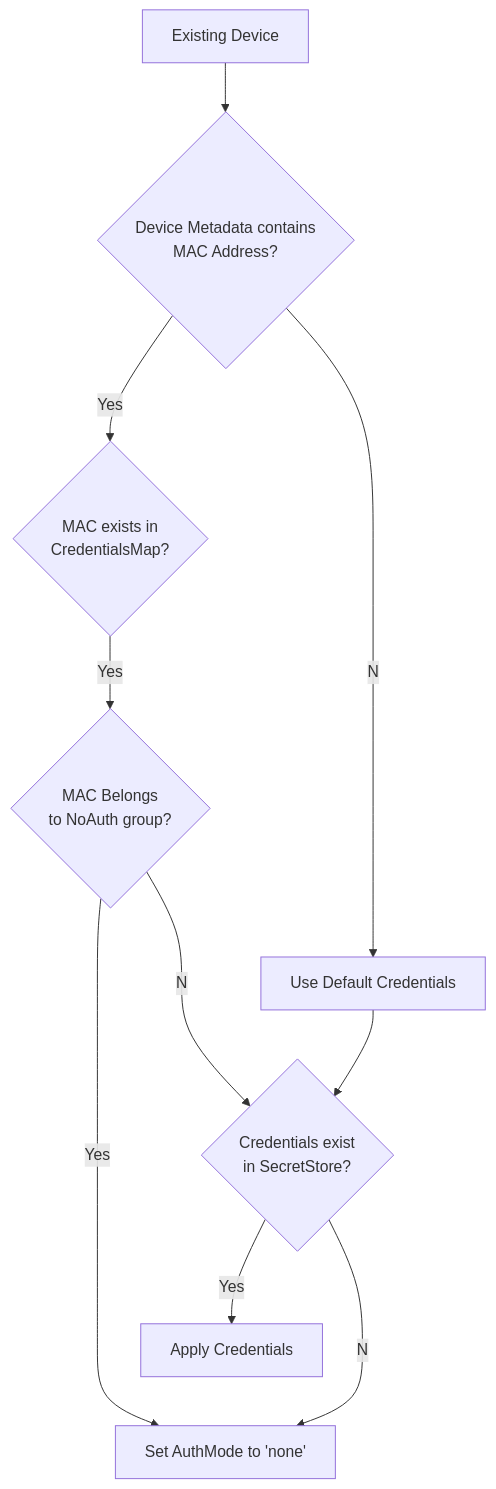
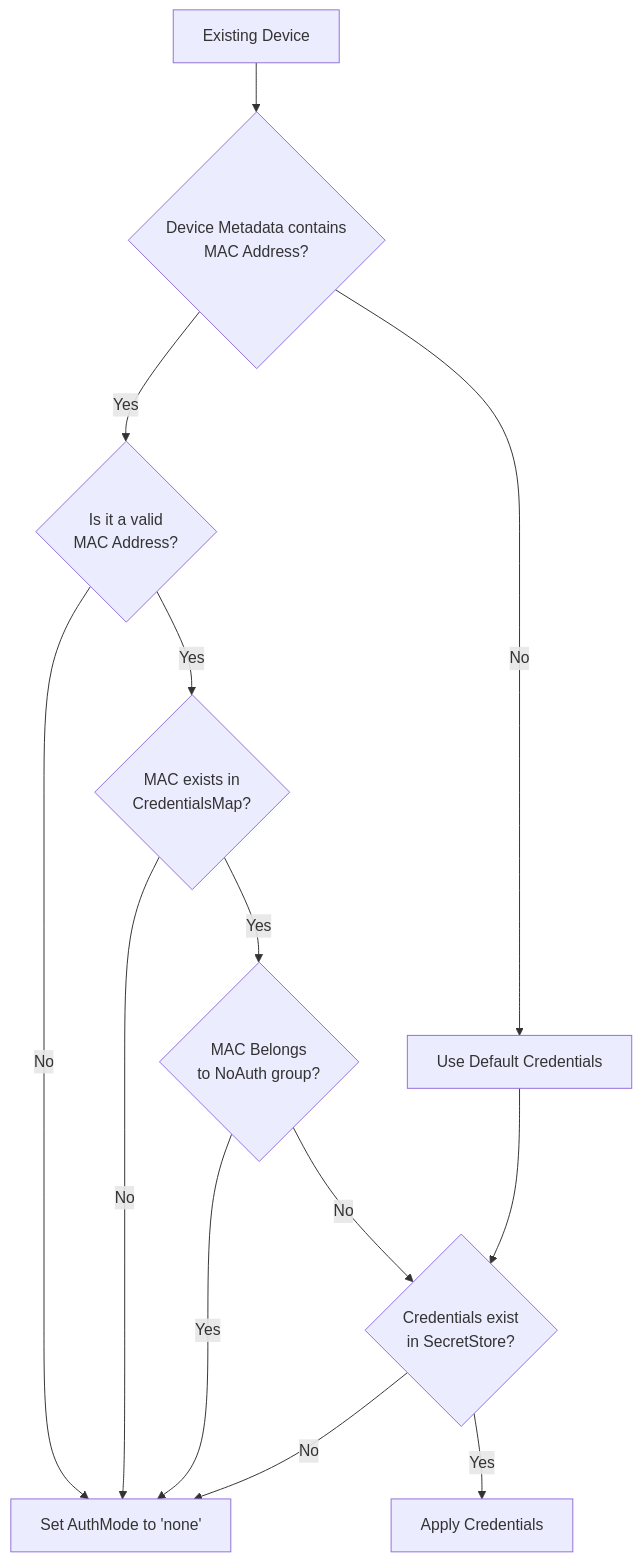
The second of 2 diagrams in doc/credentials.md (edgexfoundry/device-onvif-camera), drawn with Mermaid before and after one commit. The commit also changed other lines of this file and 1 other file, not shown here.

Commit message:
docs: update mermaid flowcharts

````diff
--- a/doc/credentials.md
+++ b/doc/credentials.md
@@ -199,25 +198,29 @@
 ```mermaid
 %% Note: The node and edge definitions are split up to make it easier to adjust the
 %% links between the various nodes.
 graph TD;
     %% -------- Node Definitions -------- %%
-    exist[Existing Device]
-    hasmac{Device Metadata contains<br/>MAC Address?}
-    map{MAC exists in<br/>CredentialsMap?}
-    noauth{MAC Belongs<br/>to NoAuth group?}
-    default[Use Default Credentials]
-    none[Set AuthMode to 'none']
-    apply[Apply Credentials]
-    instore{Credentials exist<br/>in SecretStore?}
+    ExistingDevice[Existing Device]
+    ContainsMAC{Device Metadata contains<br/>MAC Address?}
+    ValidMAC{Is it a valid<br/>MAC Address?}
+    InMap{MAC exists in<br/>CredentialsMap?}
+    InNoAuth{MAC Belongs<br/>to NoAuth group?}
+    UseDefault[Use Default Credentials]
+    AuthModeNone[Set AuthMode to 'none']
+    ApplyCreds[Apply Credentials]
+    InSecretStore{Credentials exist<br/>in SecretStore?}
 
-    %% -------- Graph Definitions -------- %%
-    exist-->hasmac
-    hasmac--Yes-->map
-    map--Yes-->noauth
-    hasmac--No-->default
-    noauth--Yes-->none
-    noauth--No-->instore
-    default-->instore
-    instore--Yes-->apply
-    instore--No-->none
+    %% -------- Edge Definitions -------- %%
+    ExistingDevice --> ContainsMAC
+    ContainsMAC -- Yes --> ValidMAC
+    ValidMAC -- Yes --> InMap
+    ValidMAC -- No --> AuthModeNone
+    InMap -- Yes --> InNoAuth
+    InMap -- No --> AuthModeNone
+    ContainsMAC -- No --> UseDefault
+    InNoAuth -- Yes --> AuthModeNone
+    InNoAuth -- No --> InSecretStore
+    UseDefault --> InSecretStore
+    InSecretStore -- Yes --> ApplyCreds
+    InSecretStore -- No --> AuthModeNone
 ```
````
